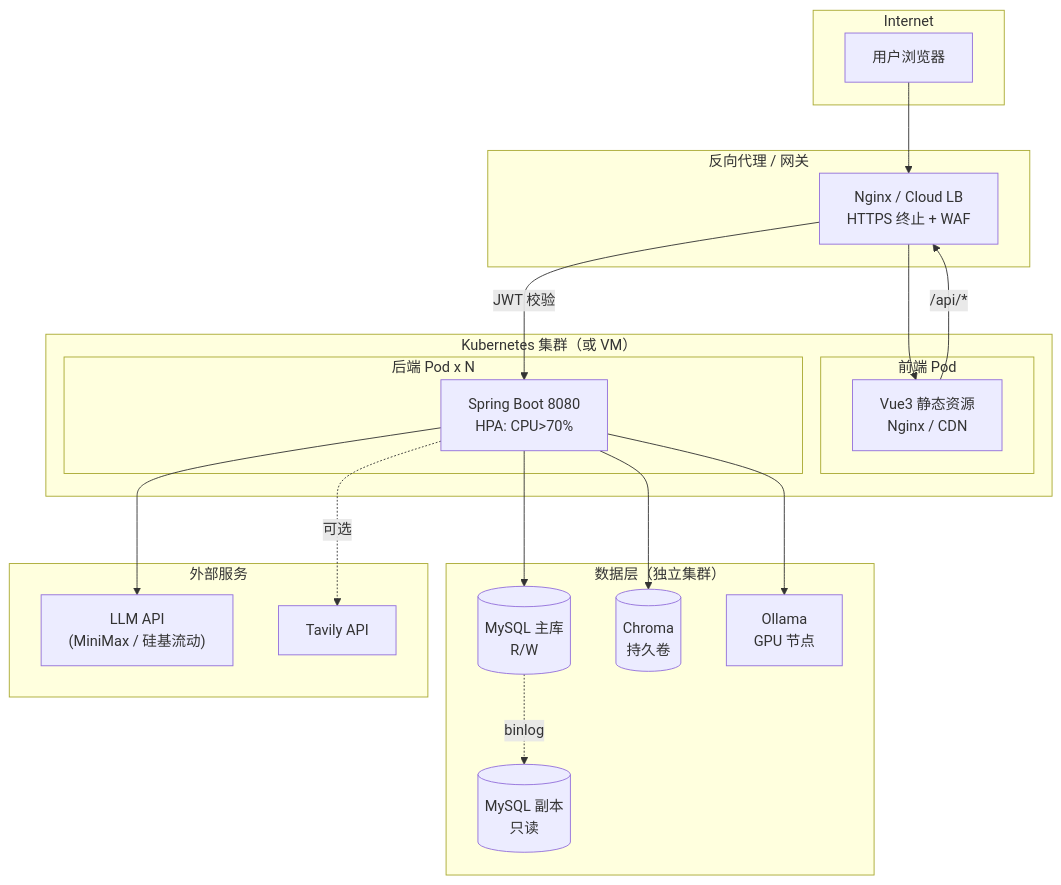
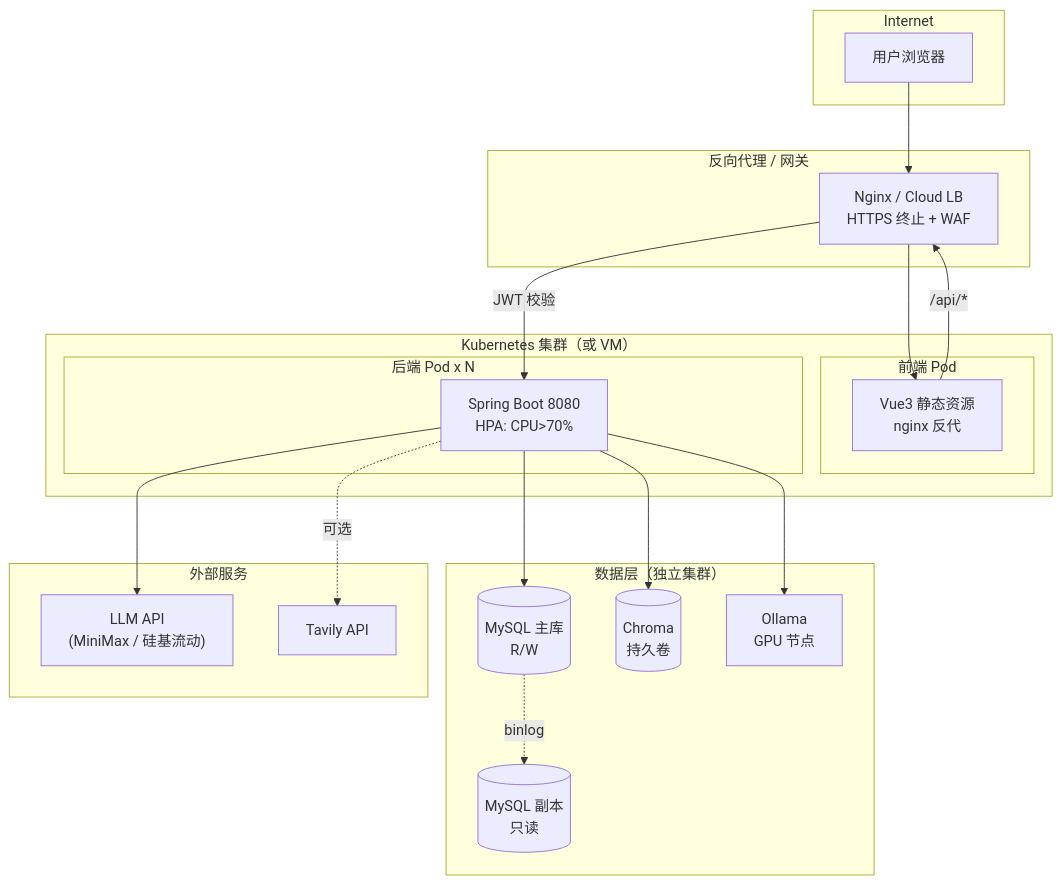
Before and after one commit to Ruadgedy/RAG-demo: the second of 2 diagrams in docs/summary/deployment-view.md, drawn with Mermaid. The commit also changed other lines of this file and 4 other files, not shown here.

Commit message:
docs(summary): 按代码事实修正 4+1 视图（10 项 F-001~F-010）

````diff
--- a/docs/summary/deployment-view.md
+++ b/docs/summary/deployment-view.md
@@ -74,41 +147,41 @@
 ```mermaid
 flowchart TB
   subgraph Internet
     User["用户浏览器"]
   end
 
   subgraph LB["反向代理 / 网关"]
     Nginx["Nginx / Cloud LB<br/>HTTPS 终止 + WAF"]
   end
 
   subgraph K8s["Kubernetes 集群（或 VM）"]
     subgraph PodFE["前端 Pod"]
-      FE["Vue3 静态资源<br/>Nginx / CDN"]
+      FE["Vue3 静态资源<br/>nginx 反代"]
     end
     subgraph PodBE["后端 Pod x N"]
       BE["Spring Boot 8080<br/>HPA: CPU>70%"]
     end
   end
 
   subgraph Data["数据层（独立集群）"]
     MySQLPrimary[("MySQL 主库<br/>R/W")]
     MySQLReplica[("MySQL 副本<br/>只读")]
     Chroma[("Chroma<br/>持久卷")]
     Ollama["Ollama<br/>GPU 节点"]
   end
 
   subgraph External["外部服务"]
     LLM["LLM API<br/>(MiniMax / 硅基流动)"]
     Tavily["Tavily API"]
   end
 
   User --> Nginx --> FE
   FE -- "/api/*" --> Nginx
   Nginx -- "JWT 校验" --> BE
   BE --> MySQLPrimary
   MySQLPrimary -.binlog.-> MySQLReplica
   BE --> Chroma
   BE --> Ollama
   BE --> LLM
   BE -.可选.-> Tavily
 ```
````
